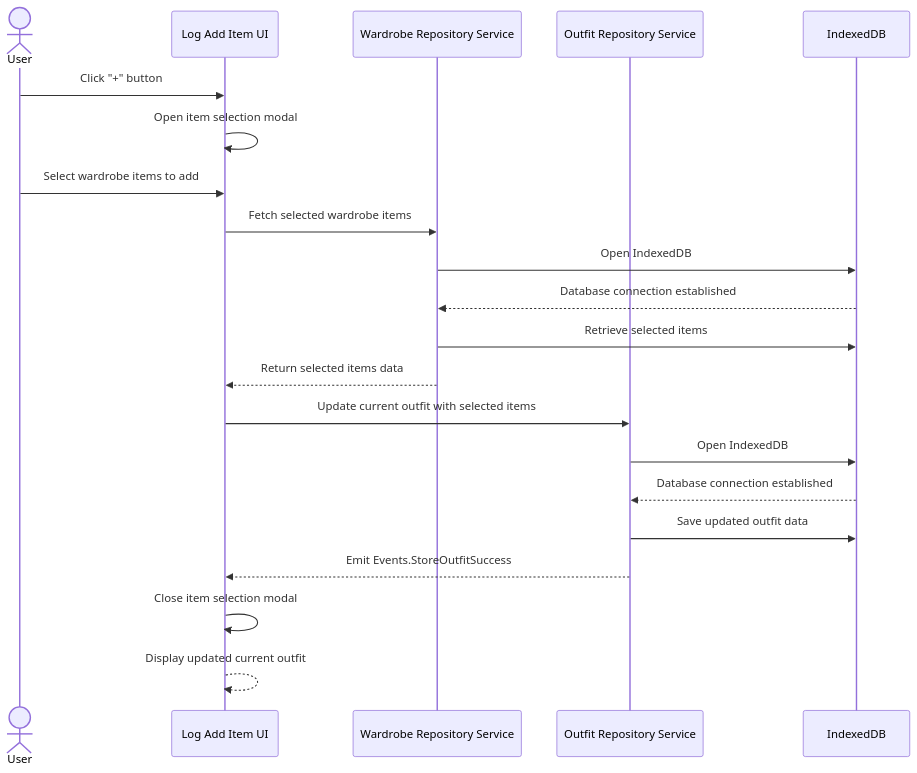
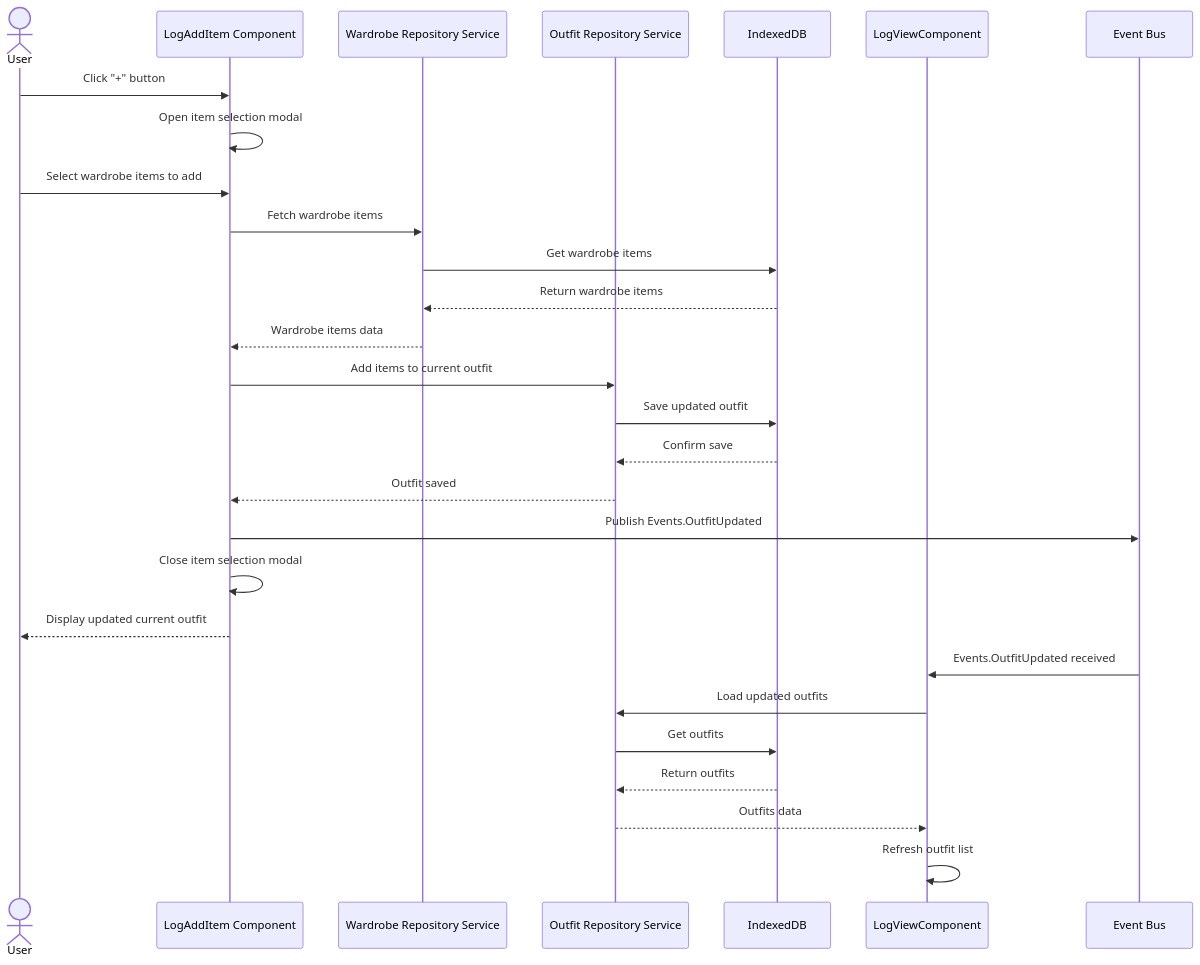
One commit to nhan0504/CS326 changed the first of 2 diagrams in team/m3/bruce_le/feature-sequence-diagram.md. Above: the diagram before and after it, drawn with Mermaid. The commit also changed other lines of this file and 2 other files, not shown here.

````diff
--- a/team/m3/bruce_le/feature-sequence-diagram.md
+++ b/team/m3/bruce_le/feature-sequence-diagram.md
@@ -11,24 +11,31 @@
 ```mermaid
 sequenceDiagram
     actor User as User
-    participant LogAddItemUI as Log Add Item UI
+    participant LogAddItem as LogAddItem Component
     participant WardrobeRepositoryService as Wardrobe Repository Service
     participant OutfitRepositoryService as Outfit Repository Service
     participant IndexedDB as IndexedDB
+    participant LogViewComponent as LogViewComponent
+    participant Events as Event Bus
 
-    User ->> LogAddItemUI: Click "+" button
-    LogAddItemUI ->> LogAddItemUI: Open item selection modal
-    User ->> LogAddItemUI: Select wardrobe items to add
-    LogAddItemUI ->> WardrobeRepositoryService: Fetch selected wardrobe items
-    WardrobeRepositoryService ->> IndexedDB: Open IndexedDB
-    IndexedDB -->> WardrobeRepositoryService: Database connection established
-    WardrobeRepositoryService ->> IndexedDB: Retrieve selected items
-    WardrobeRepositoryService -->> LogAddItemUI: Return selected items data
-    LogAddItemUI ->> OutfitRepositoryService: Update current outfit with selected items
-    OutfitRepositoryService ->> IndexedDB: Open IndexedDB
-    IndexedDB -->> OutfitRepositoryService: Database connection established
-    OutfitRepositoryService ->> IndexedDB: Save updated outfit data
-    OutfitRepositoryService -->> LogAddItemUI: Emit Events.StoreOutfitSuccess
-    LogAddItemUI ->> LogAddItemUI: Close item selection modal
-    LogAddItemUI -->> LogAddItemUI: Display updated current outfit
+    User ->> LogAddItem: Click "+" button
+    LogAddItem ->> LogAddItem: Open item selection modal
+    User ->> LogAddItem: Select wardrobe items to add
+    LogAddItem ->> WardrobeRepositoryService: Fetch wardrobe items
+    WardrobeRepositoryService ->> IndexedDB: Get wardrobe items
+    IndexedDB -->> WardrobeRepositoryService: Return wardrobe items
+    WardrobeRepositoryService -->> LogAddItem: Wardrobe items data
+    LogAddItem ->> OutfitRepositoryService: Add items to current outfit
+    OutfitRepositoryService ->> IndexedDB: Save updated outfit
+    IndexedDB -->> OutfitRepositoryService: Confirm save
+    OutfitRepositoryService -->> LogAddItem: Outfit saved
+    LogAddItem ->> Events: Publish Events.OutfitUpdated
+    LogAddItem ->> LogAddItem: Close item selection modal
+    LogAddItem -->> User: Display updated current outfit
+    Events ->> LogViewComponent: Events.OutfitUpdated received
+    LogViewComponent ->> OutfitRepositoryService: Load updated outfits
+    OutfitRepositoryService ->> IndexedDB: Get outfits
+    IndexedDB -->> OutfitRepositoryService: Return outfits
+    OutfitRepositoryService -->> LogViewComponent: Outfits data
+    LogViewComponent ->> LogViewComponent: Refresh outfit list
 ```
````
